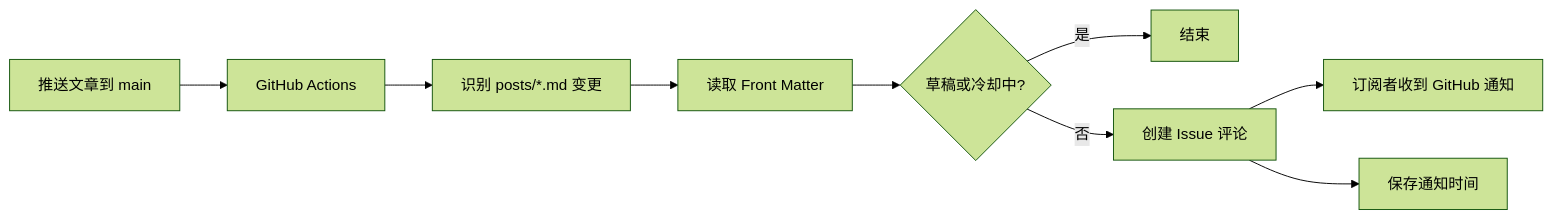
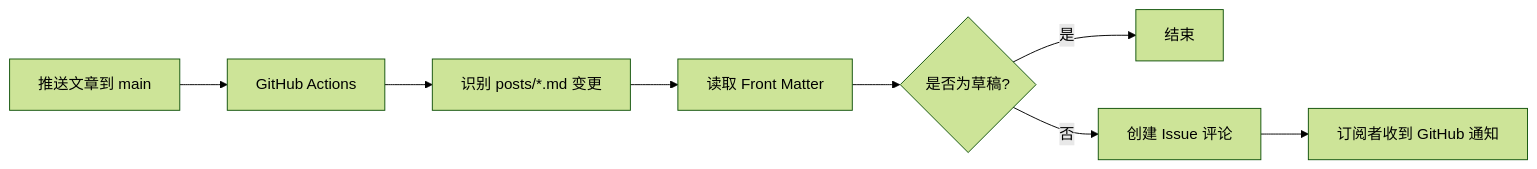
Before and after one commit to ououduck/D-blog: the diagram in posts/github-issue-blog-subscription.md, drawn with Mermaid (forest theme). The commit also changed other lines of this file, not shown here.

````diff
--- a/posts/github-issue-blog-subscription.md
+++ b/posts/github-issue-blog-subscription.md
@@ -51,11 +51,10 @@
 ```mermaid
 flowchart LR
   A[推送文章到 main] --> B[GitHub Actions]
   B --> C[识别 posts/*.md 变更]
   C --> D[读取 Front Matter]
-  D --> E{草稿或冷却中?}
+  D --> E{是否为草稿?}
   E -->|是| F[结束]
   E -->|否| G[创建 Issue 评论]
   G --> H[订阅者收到 GitHub 通知]
-  G --> I[保存通知时间]
 ```
````
